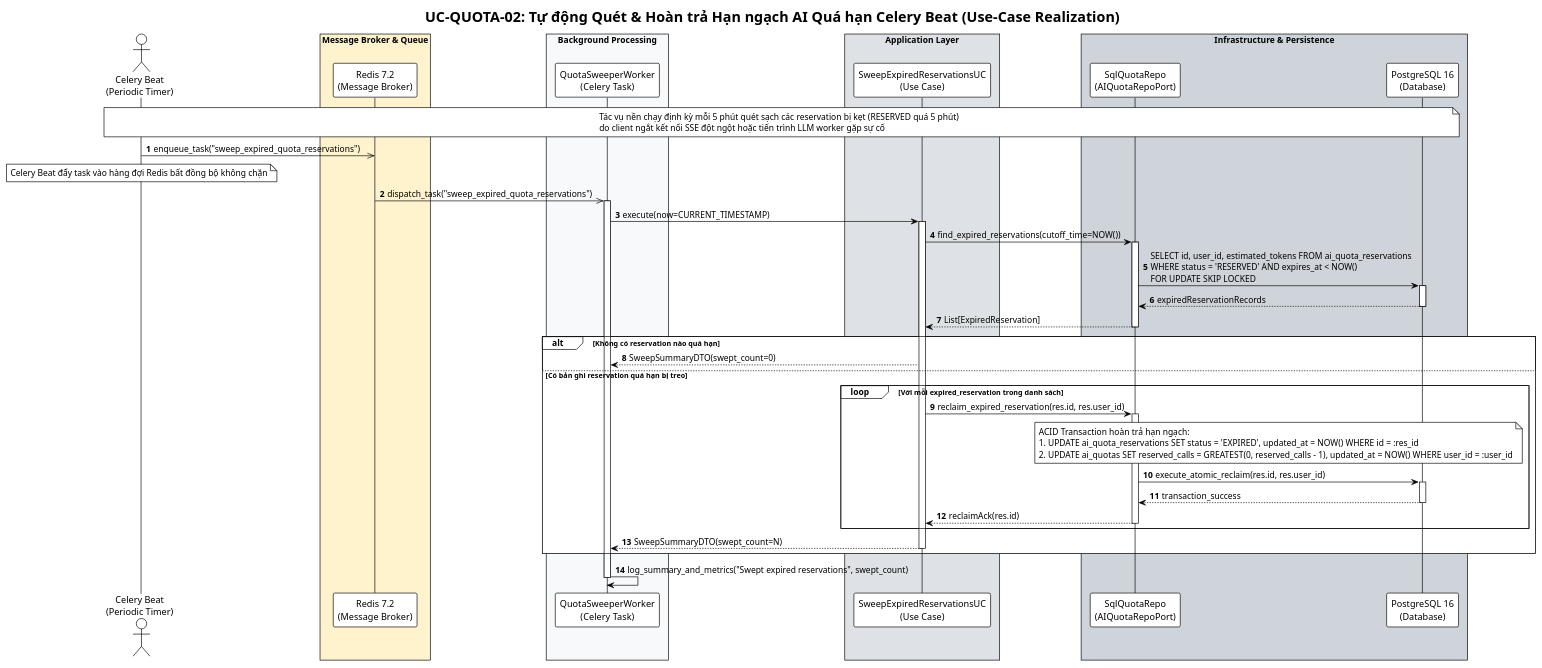
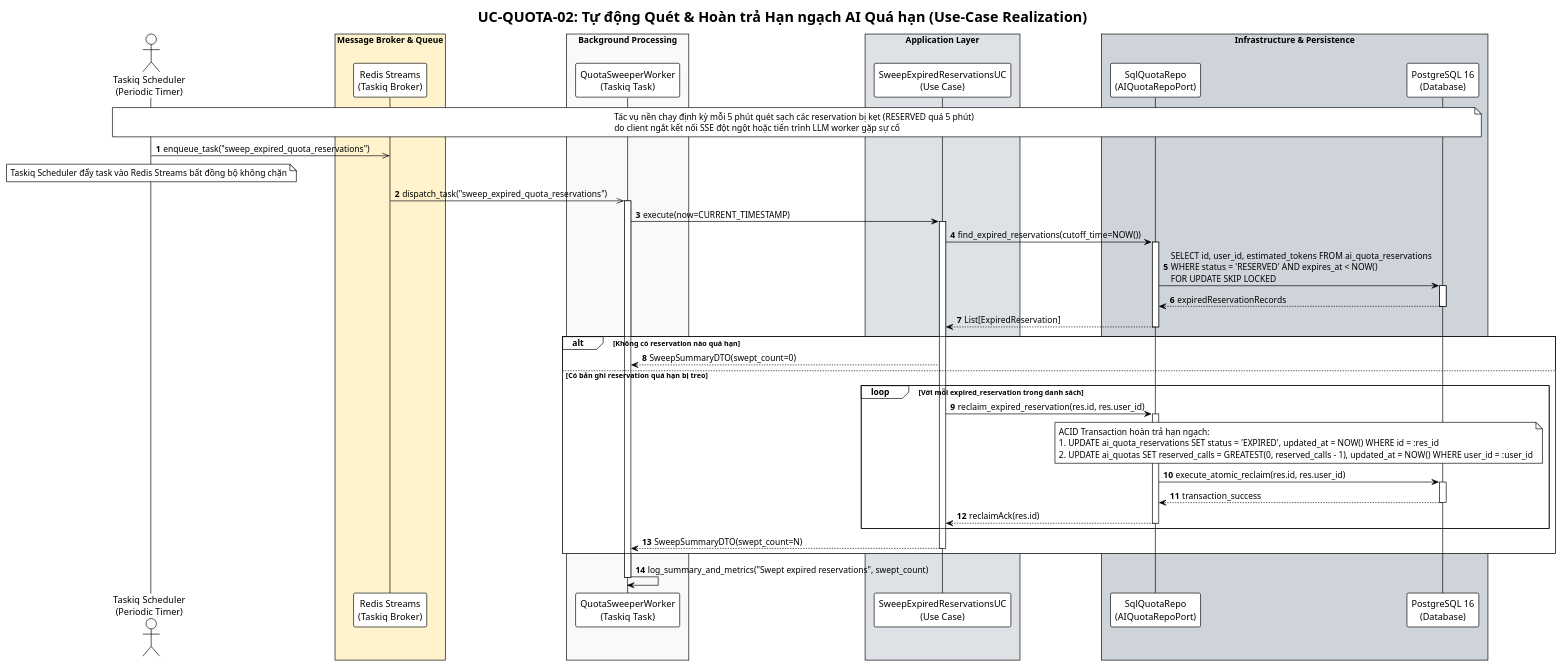
One commit to Coffat/FocusFlow changed the diagram in docs/uml/sequence/seq-09-quota-sweeper.puml. Above: the diagram before and after it, drawn with PlantUML. The commit also changed 12 other files, not shown here.

Commit message:
docs(uml): align class diagrams, sequence diagrams, and state machines with v2.0

```diff
--- a/docs/uml/sequence/seq-09-quota-sweeper.puml
+++ b/docs/uml/sequence/seq-09-quota-sweeper.puml
@@ -1,70 +1,70 @@
 @startuml SD9_Quota_Sweeper
 !theme plain
 autonumber
 skinparam BoxPadding 10
 skinparam ParticipantPadding 10
 skinparam ResponseMessageBelowArrow true
 
-title UC-QUOTA-02: Tự động Quét & Hoàn trả Hạn ngạch AI Quá hạn Celery Beat (Use-Case Realization)
+title UC-QUOTA-02: Tự động Quét & Hoàn trả Hạn ngạch AI Quá hạn (Use-Case Realization)
 
-actor "Celery Beat\n(Periodic Timer)" as Beat
+actor "Taskiq Scheduler\n(Periodic Timer)" as Beat
 box "Message Broker & Queue" #FFF3CD
-    participant "Redis 7.2\n(Message Broker)" as Broker
+    participant "Redis Streams\n(Taskiq Broker)" as Broker
 end box
 box "Background Processing" #F8F9FA
-    participant "QuotaSweeperWorker\n(Celery Task)" as Worker
+    participant "QuotaSweeperWorker\n(Taskiq Task)" as Worker
 end box
 box "Application Layer" #DEE2E6
     participant "SweepExpiredReservationsUC\n(Use Case)" as SweepUC
 end box
 box "Infrastructure & Persistence" #CED4DA
     participant "SqlQuotaRepo\n(AIQuotaRepoPort)" as QuotaRepo
     participant "PostgreSQL 16\n(Database)" as DB
 end box
 
 note over Beat,DB: Tác vụ nền chạy định kỳ mỗi 5 phút quét sạch các reservation bị kẹt (RESERVED quá 5 phút)\ndo client ngắt kết nối SSE đột ngột hoặc tiến trình LLM worker gặp sự cố
 
 Beat ->> Broker: enqueue_task("sweep_expired_quota_reservations")
-note over Beat: Celery Beat đẩy task vào hàng đợi Redis bất đồng bộ không chặn
+note over Beat: Taskiq Scheduler đẩy task vào Redis Streams bất đồng bộ không chặn
 
 Broker ->> Worker: dispatch_task("sweep_expired_quota_reservations")
 activate Worker
 
 Worker -> SweepUC: execute(now=CURRENT_TIMESTAMP)
 activate SweepUC
 
 ' Bước 1: Quét các reservation hết hạn qua Index tối ưu idx_quota_reservations_cleanup
 SweepUC -> QuotaRepo: find_expired_reservations(cutoff_time=NOW())
 activate QuotaRepo
 QuotaRepo -> DB: SELECT id, user_id, estimated_tokens FROM ai_quota_reservations\nWHERE status = 'RESERVED' AND expires_at < NOW()\nFOR UPDATE SKIP LOCKED
 activate DB
 DB --> QuotaRepo: expiredReservationRecords
 deactivate DB
 QuotaRepo --> SweepUC: List[ExpiredReservation]
 deactivate QuotaRepo
 
 alt Không có reservation nào quá hạn
     SweepUC --> Worker: SweepSummaryDTO(swept_count=0)
 else Có bản ghi reservation quá hạn bị treo
     loop Với mỗi expired_reservation trong danh sách
         SweepUC -> QuotaRepo: reclaim_expired_reservation(res.id, res.user_id)
         activate QuotaRepo
         
         note over QuotaRepo,DB: ACID Transaction hoàn trả hạn ngạch:\n1. UPDATE ai_quota_reservations SET status = 'EXPIRED', updated_at = NOW() WHERE id = :res_id\n2. UPDATE ai_quotas SET reserved_calls = GREATEST(0, reserved_calls - 1), updated_at = NOW() WHERE user_id = :user_id
         QuotaRepo -> DB: execute_atomic_reclaim(res.id, res.user_id)
         activate DB
         DB --> QuotaRepo: transaction_success
         deactivate DB
         
         QuotaRepo --> SweepUC: reclaimAck(res.id)
         deactivate QuotaRepo
     end
     
     SweepUC --> Worker: SweepSummaryDTO(swept_count=N)
     deactivate SweepUC
 end
 
 Worker -> Worker: log_summary_and_metrics("Swept expired reservations", swept_count)
 deactivate Worker
 
 @enduml
```
